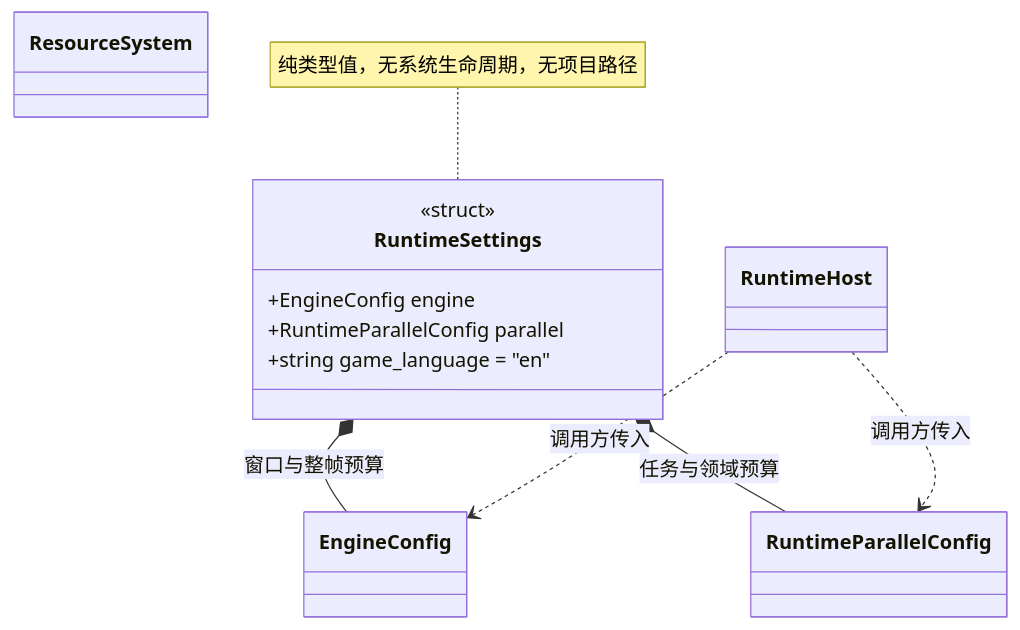
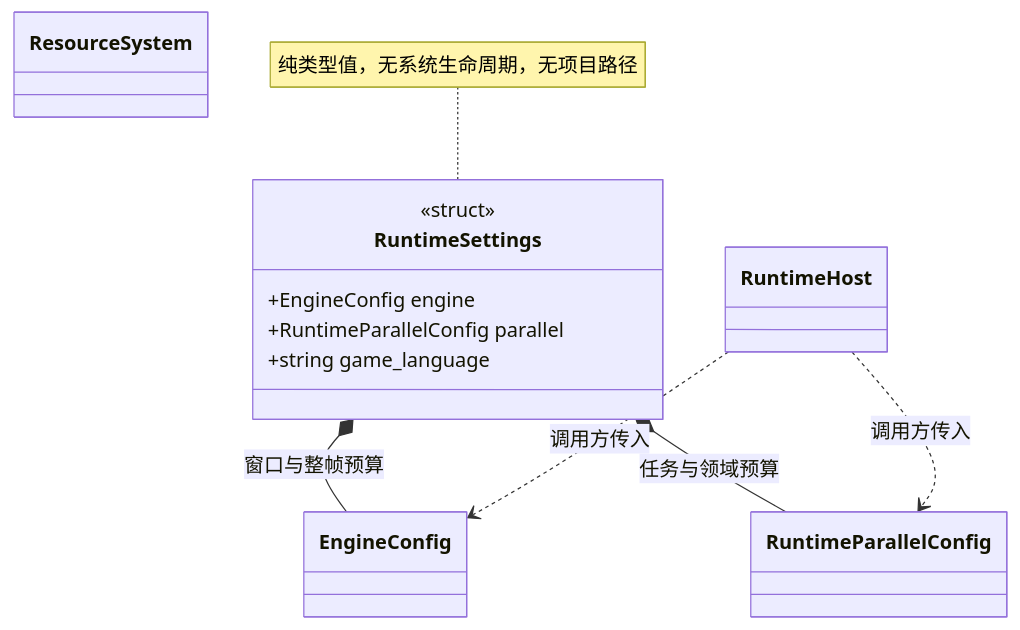
The diagram in docs/runtime/class-diagrams/runtime-settings.md (lcals/Engine), drawn with Mermaid before and after one commit. The commit also changed other lines of this file and 107 other files, not shown here.

````diff
--- a/docs/runtime/class-diagrams/runtime-settings.md
+++ b/docs/runtime/class-diagrams/runtime-settings.md
@@ -5,18 +5,18 @@
 ```mermaid
 classDiagram
     class RuntimeSettings {
         <<struct>>
         +EngineConfig engine
         +RuntimeParallelConfig parallel
-        +string game_language = "en"
+        +string game_language
     }
     class EngineConfig
     class RuntimeParallelConfig
     class RuntimeHost
     class ResourceSystem
     RuntimeSettings *-- EngineConfig : 窗口与整帧预算
     RuntimeSettings *-- RuntimeParallelConfig : 任务与领域预算
     RuntimeHost ..> EngineConfig : 调用方传入
     RuntimeHost ..> RuntimeParallelConfig : 调用方传入
     note for RuntimeSettings "纯类型值，无系统生命周期，无项目路径"
 ```
````
